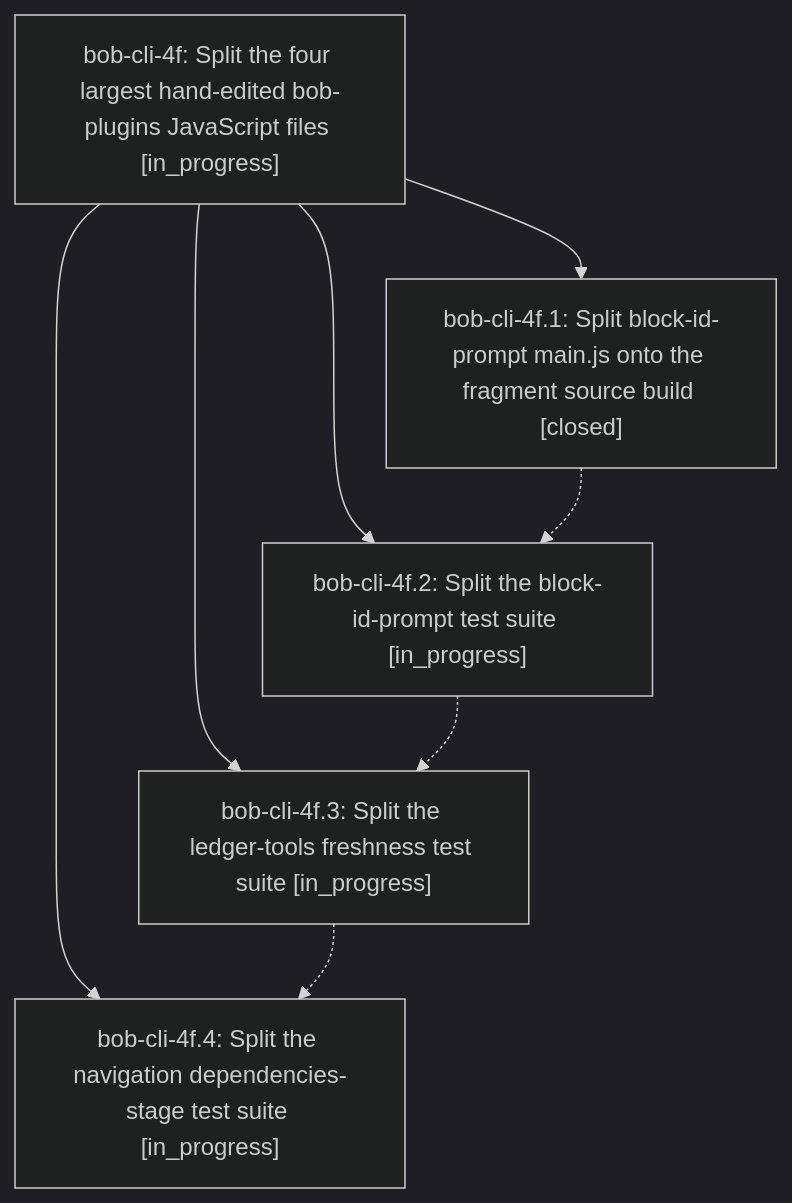
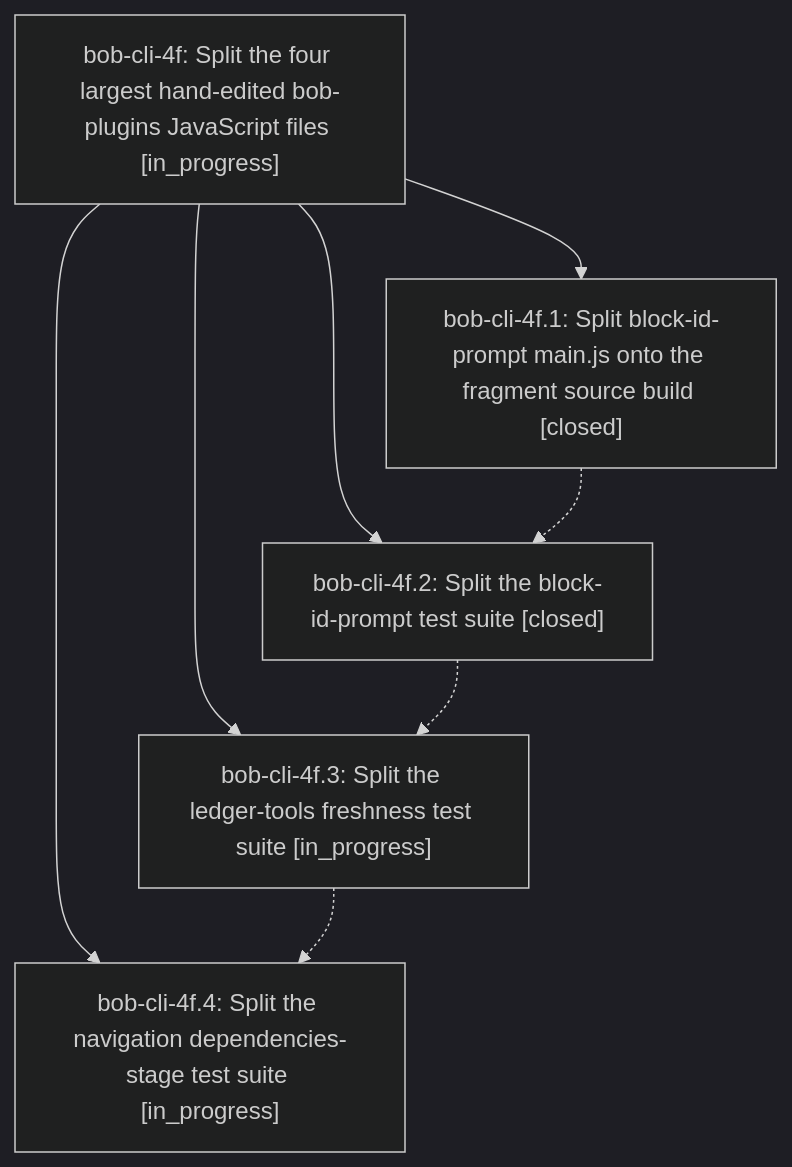
One commit to bobs-org/bob-cli--beads changed the diagram in pages/bob-cli-4f/README.md. Above: the diagram before and after it, drawn with Mermaid (dark theme). The commit also changed other lines of this file and 3 other files, not shown here.

First line of the commit message:
chore(beads): sync bead state and pages for bob-cli-4f

````diff
--- a/pages/bob-cli-4f/README.md
+++ b/pages/bob-cli-4f/README.md
@@ -25,15 +25,15 @@
 ```mermaid
 flowchart TD
     n0["bob-cli-4f: Split the four largest hand-edited bob-plugins JavaScript files [in_progress]"]
     n1["bob-cli-4f.1: Split block-id-prompt main.js onto the fragment source build [closed]"]
-    n2["bob-cli-4f.2: Split the block-id-prompt test suite [in_progress]"]
+    n2["bob-cli-4f.2: Split the block-id-prompt test suite [closed]"]
     n3["bob-cli-4f.3: Split the ledger-tools freshness test suite [in_progress]"]
     n4["bob-cli-4f.4: Split the navigation dependencies-stage test suite [in_progress]"]
     n0 --> n1
     n0 --> n2
     n0 --> n3
     n0 --> n4
     n1 -.-> n2
     n2 -.-> n3
     n3 -.-> n4
 ```
````
